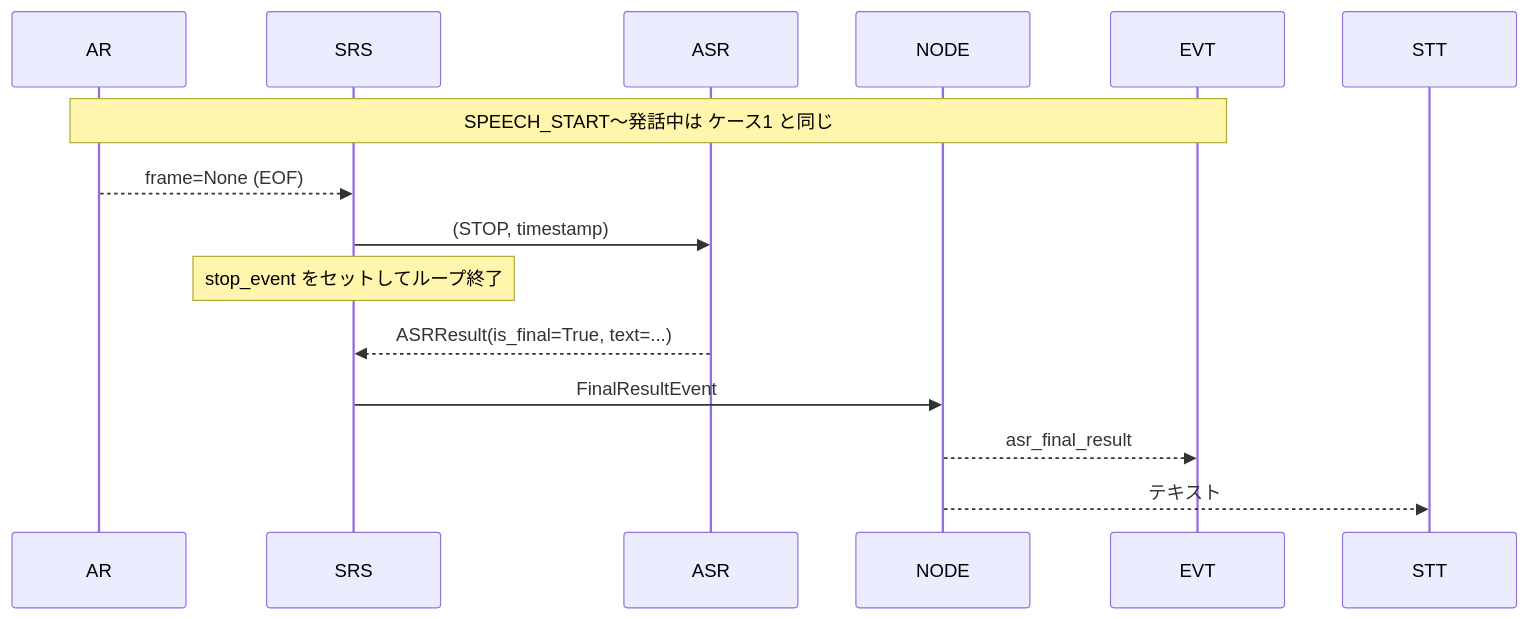
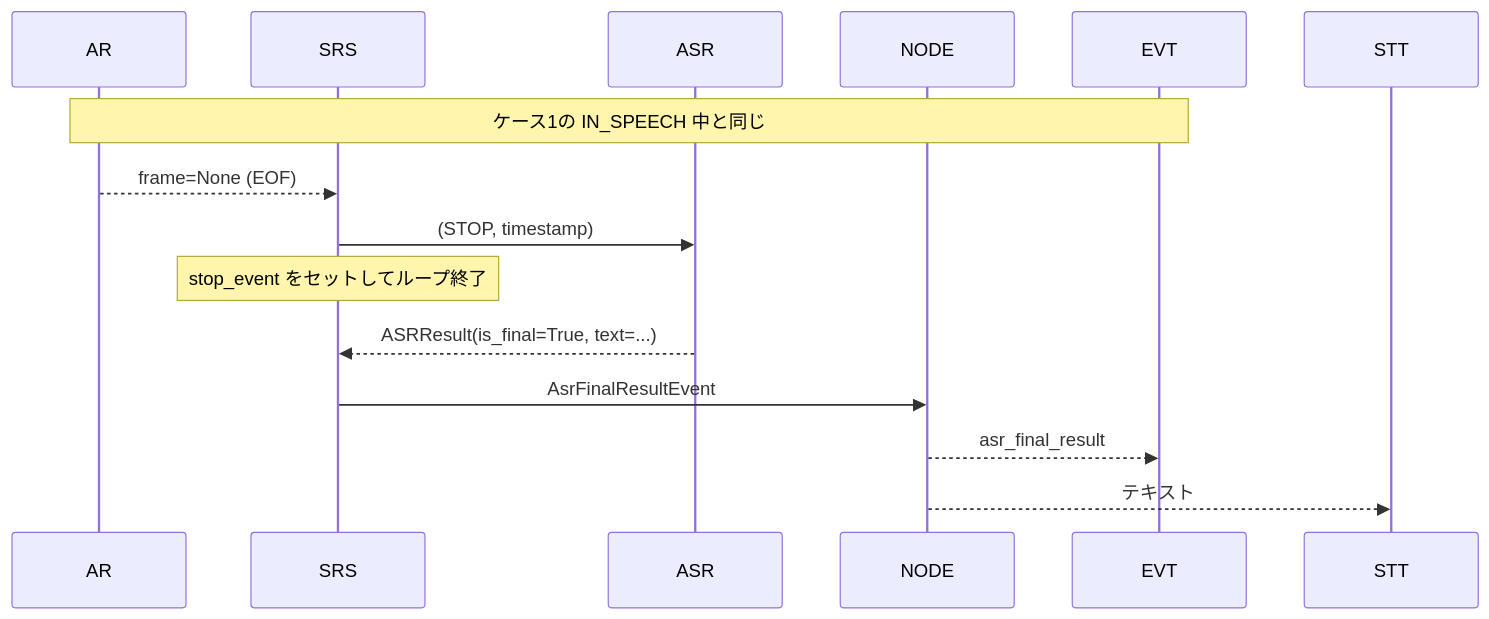
The sixth of 8 diagrams in susumu_asr_ros/README_modules.md (sato-susumu/susumu_asr_ros), drawn with Mermaid before and after one commit. The commit also changed other lines of this file and 25 other files, not shown here.

````diff
--- a/susumu_asr_ros/README_modules.md
+++ b/susumu_asr_ros/README_modules.md
@@ -155,20 +198,20 @@
 ```mermaid
 sequenceDiagram
     participant AR as AR
     participant SRS as SRS
     participant ASR as ASR
     participant NODE as NODE
     participant EVT as EVT
     participant STT as STT
 
-    note over AR,EVT : SPEECH_START〜発話中は ケース1 と同じ
+    note over AR,EVT : ケース1の IN_SPEECH 中と同じ
 
     AR -->> SRS : frame=None (EOF)
     SRS ->> ASR : (STOP, timestamp)
     note over SRS : stop_event をセットしてループ終了
 
     ASR -->> SRS : ASRResult(is_final=True, text=...)
-    SRS ->> NODE : FinalResultEvent
+    SRS ->> NODE : AsrFinalResultEvent
     NODE -->> EVT : asr_final_result
     NODE -->> STT : テキスト
 ```
````
